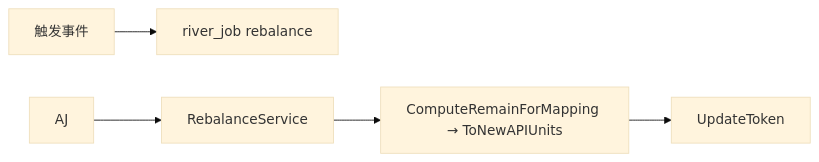
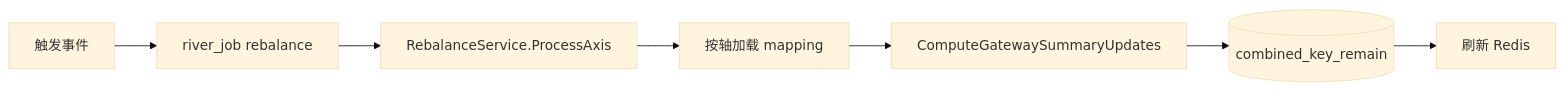
Before and after one commit to quyip8818/mytokenjoy: the eighth of 10 diagrams in apps/docs/Backend-预算.md, drawn with Mermaid (base theme). The commit also changed other lines of this file and 33 other files, not shown here.

````diff
--- a/apps/docs/Backend-预算.md
+++ b/apps/docs/Backend-预算.md
@@ -332,7 +332,9 @@
 ```mermaid
 flowchart LR
   EVT[触发事件] --> RJ[river_job rebalance]
-  AJ --> RB[RebalanceService]
-  RB --> CALC[ComputeRemainForMapping → ToNewAPIUnits]
-  CALC --> NA[UpdateToken]
+  RJ --> RB[RebalanceService.ProcessAxis]
+  RB --> LOAD[按轴加载 mapping]
+  LOAD --> CALC[ComputeGatewaySummaryUpdates]
+  CALC --> DB[(combined_key_remain)]
+  DB --> CACHE[刷新 Redis]
 ```
````
